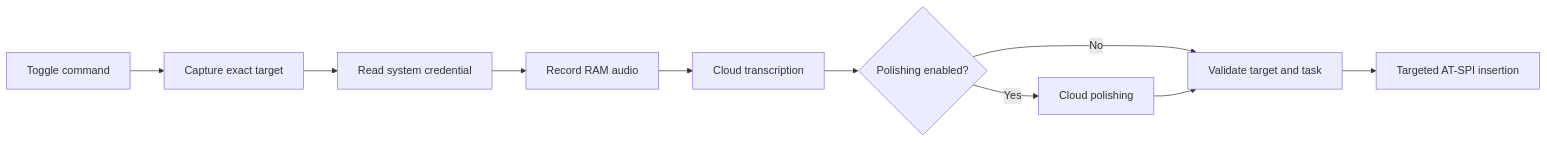
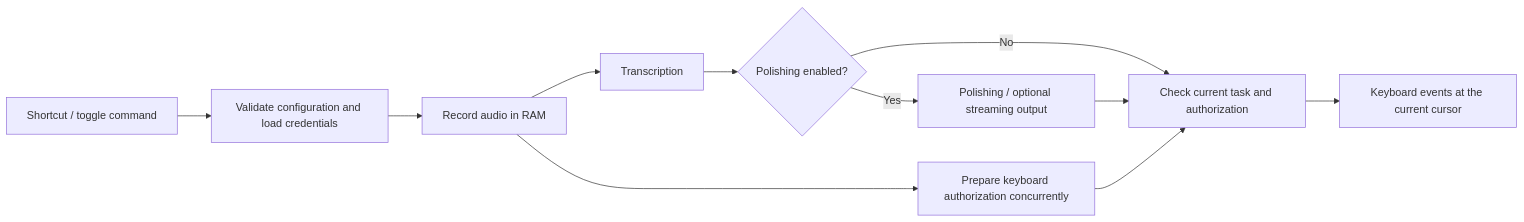
The diagram in docs/architecture.md (Creammmmm/InkEcho), drawn with Mermaid before and after one commit. The commit also changed other lines of this file and 100 other files, not shown here.

````diff
--- a/docs/architecture.md
+++ b/docs/architecture.md
@@ -10,12 +10,13 @@
 ```mermaid
 flowchart LR
-    A[Toggle command] --> B[Capture exact target]
-    B --> C[Read system credential]
-    C --> D[Record RAM audio]
-    D --> E[Cloud transcription]
-    E --> F{Polishing enabled?}
-    F -->|Yes| G[Cloud polishing]
-    F -->|No| H[Validate target and task]
-    G --> H
-    H --> I[Targeted AT-SPI insertion]
+    A[Shortcut / toggle command] --> B[Validate configuration and load credentials]
+    B --> C[Record audio in RAM]
+    C --> D[Transcription]
+    C --> P[Prepare keyboard authorization concurrently]
+    D --> E{Polishing enabled?}
+    E -->|Yes| F[Polishing / optional streaming output]
+    E -->|No| G[Check current task and authorization]
+    F --> G
+    P --> G
+    G --> H[Keyboard events at the current cursor]
 ```
````
